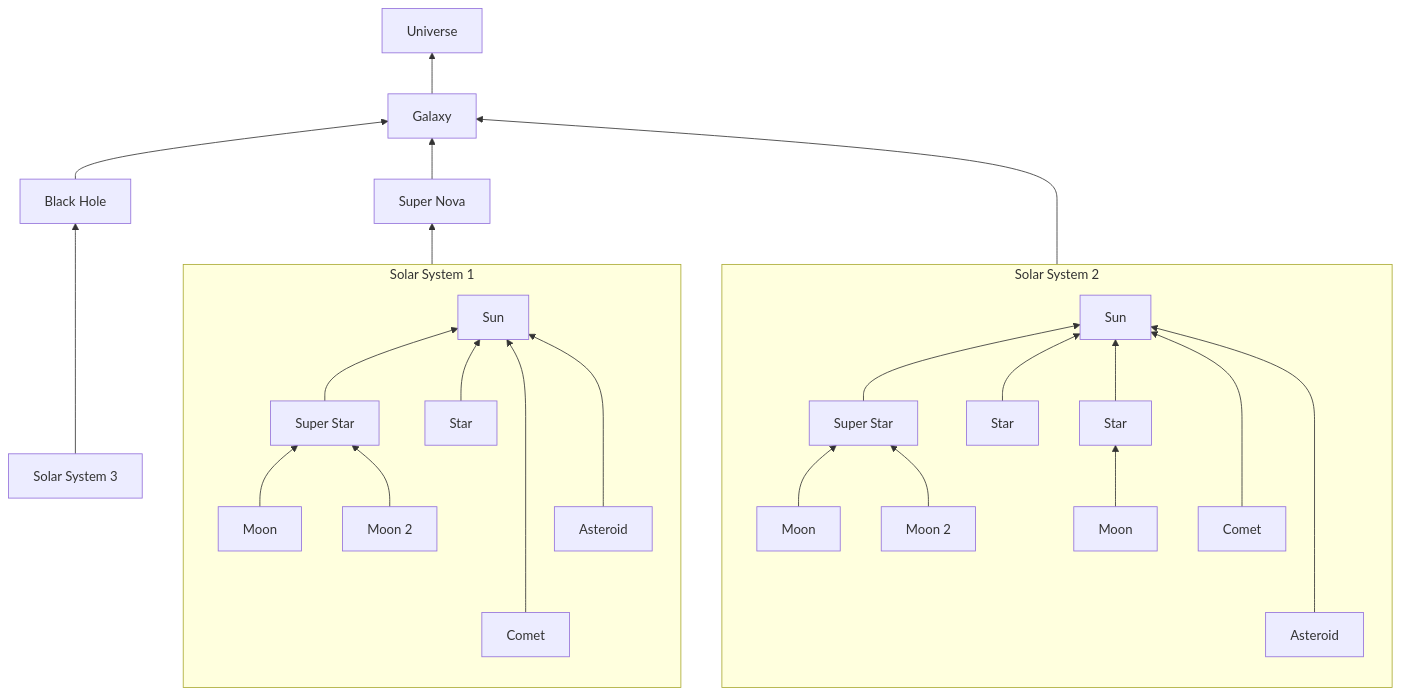
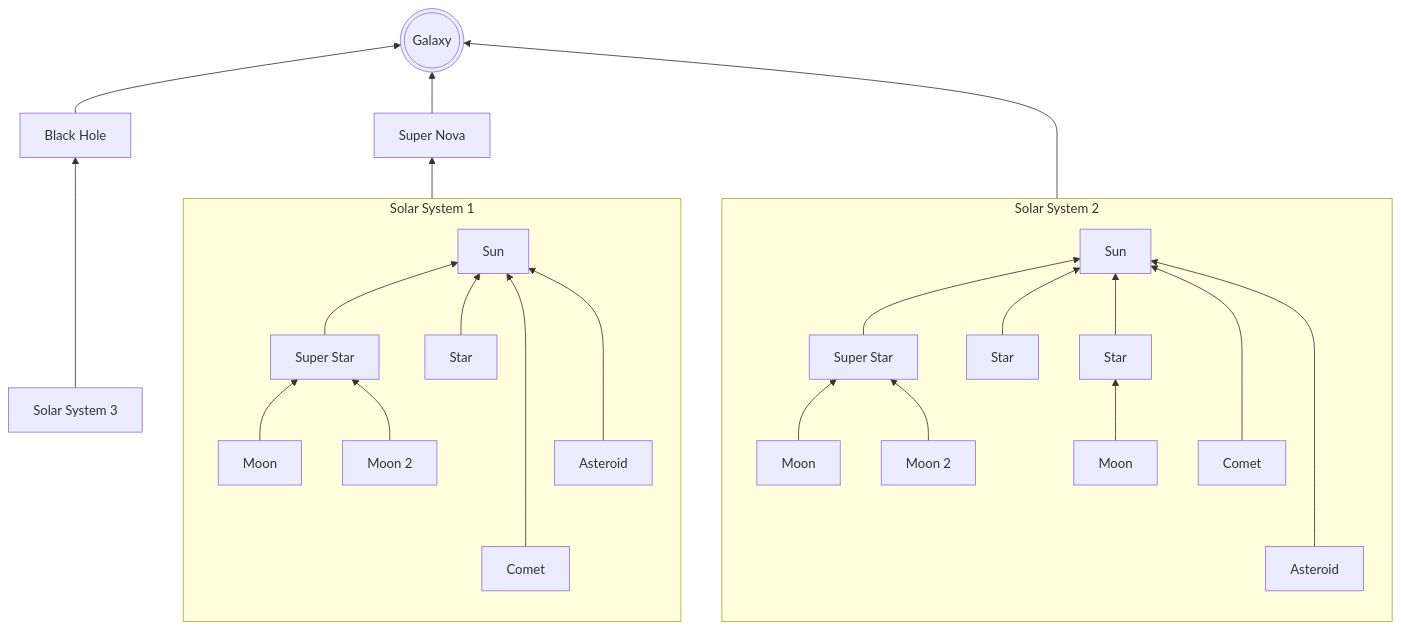
One commit to WorldEnterpriseGroup/.github changed the first of 3 diagrams in profile/README.md. Above: the diagram before and after it, drawn with Mermaid. The commit also changed other lines of this file, not shown here.

````diff
--- a/profile/README.md
+++ b/profile/README.md
@@ -26,31 +26,31 @@
 ```mermaid 
 graph BT
-B[Galaxy]-->A[Universe]
-C[Black Hole]-->B[Galaxy]
-D[Super Nova]-->B[Galaxy]
+B(((Galaxy)))
+C[Black Hole]-->B(((Galaxy)))
+D[Super Nova]-->B(((Galaxy)))
 E[Solar System 1]-->D[Super Nova]
-M[Solar System 2]--->B[Galaxy]
+M[Solar System 2]--->B(((Galaxy)))
 Z[Solar System 3]-->C[Black Hole]
 
 subgraph E[Solar System 1]
 direction BT
 G[Super Star]-->F[Sun]
 H[Star]-->F[Sun]
 I[Moon]-->G[Super Star]
 J[Moon 2]-->G[Super Star]
 K[Comet]---->F[Sun]
 L[Asteroid]--->F[Sun]
 end
 
 subgraph M[Solar System 2]
 direction BT
 O[Super Star]-->N[Sun]
 P[Star]-->N[Sun]
 V[Star]-->N[Sun]
 W[Moon]-->V[Star]
 Q[Moon]-->O[Super Star]
 R[Moon 2]-->O[Super Star]
 S[Comet]--->N[Sun]
 T[Asteroid]---->N[Sun]
 end
 ```
````
